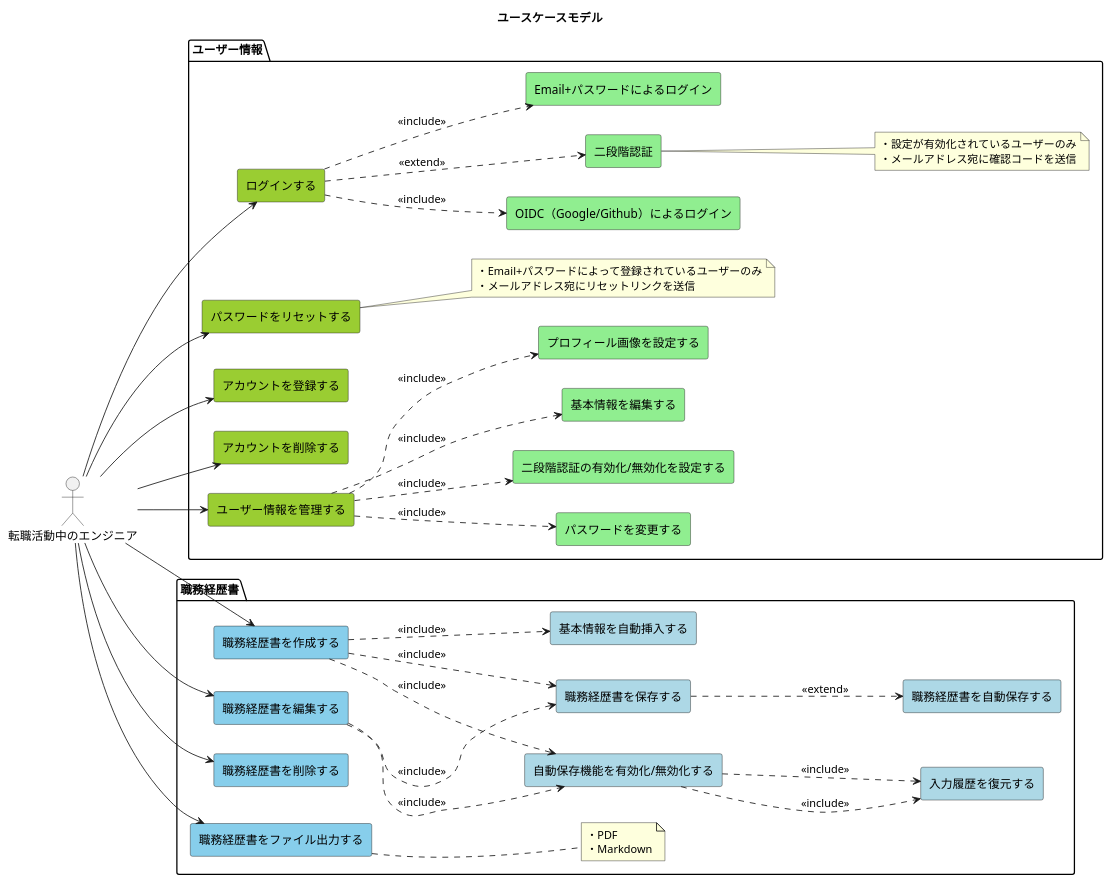
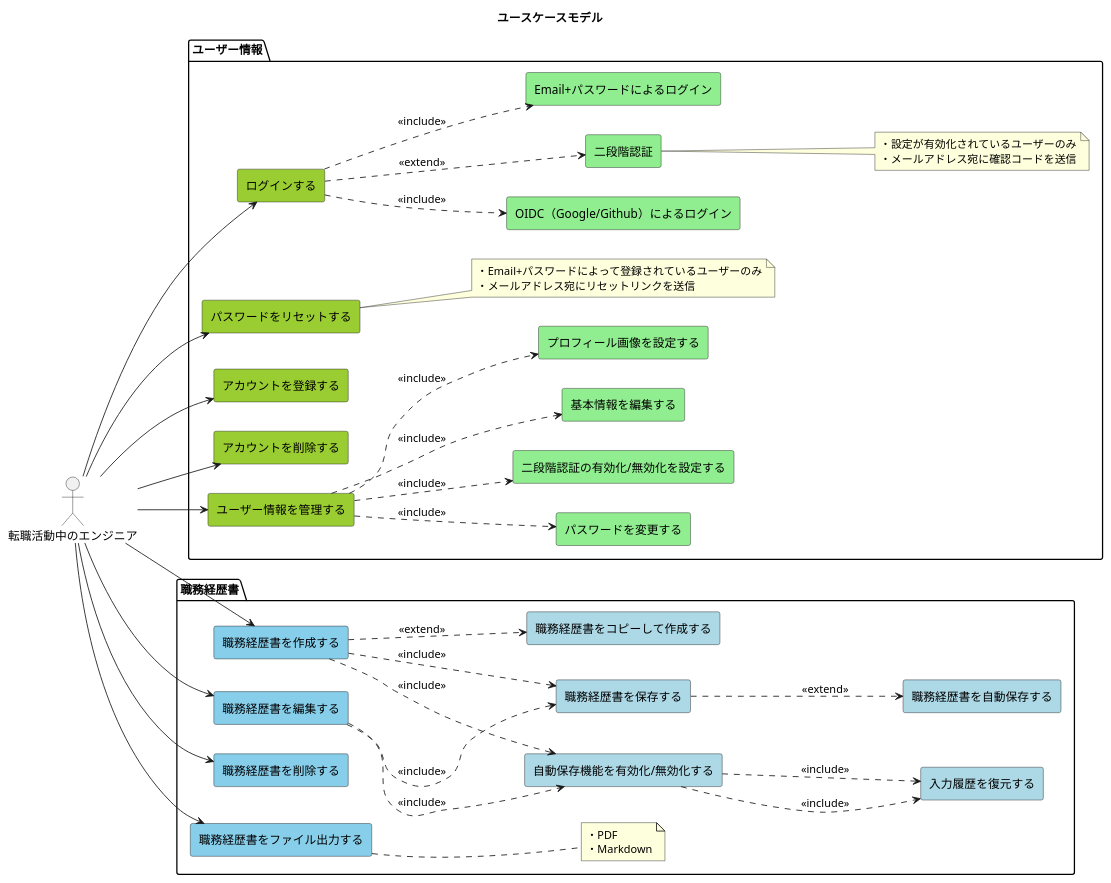
One commit to DogisRiki/KeirekiPro changed the diagram in doc/ユースケースモデル.pu. Above: the diagram before and after it, drawn with PlantUML. The commit also changed 1 other file, not shown here.

```diff
--- a/doc/ユースケースモデル.pu
+++ b/doc/ユースケースモデル.pu
@@ -1,98 +1,91 @@
 @startuml ユースケースモデル
 
 title ユースケースモデル
 
 left to right direction
 hide stereotype
 
 skinparam rectangleBackgroundColor<<auth>> YellowGreen
 skinparam rectangleBackgroundColor<<auth_child>> LightGreen
 skinparam rectangleBackgroundColor<<resume>> SkyBlue
 skinparam rectangleBackgroundColor<<resume_child>> LightBlue
 
 actor "転職活動中のエンジニア" as user
 
 package "ユーザー情報" {
     rectangle login as "ログインする" <<auth>>
     rectangle local_login as "Email+パスワードによるログイン" <<auth_child>>
     rectangle oidc_login as "OIDC（Google/Github）によるログイン" <<auth_child>>
     rectangle two_factor_login as "二段階認証" <<auth_child>>
     note right
         ・設定が有効化されているユーザーのみ
         ・メールアドレス宛に確認コードを送信
     end note
 
     rectangle reset_password as "パスワードをリセットする" <<auth>>
     note right
         ・Email+パスワードによって登録されているユーザーのみ
         ・メールアドレス宛にリセットリンクを送信
     end note
 
     rectangle register_account as "アカウントを登録する" <<auth>>
 
     rectangle delete_account as "アカウントを削除する" <<auth>>
 
     rectangle edit_user as "ユーザー情報を管理する" <<auth>>
     rectangle edit_password as "パスワードを変更する" <<auth_child>>
     rectangle edit_two_facotr as "二段階認証の有効化/無効化を設定する" <<auth_child>>
     rectangle edit_basic_info as "基本情報を編集する" <<auth_child>>
     rectangle edit_profile_image as "プロフィール画像を設定する" <<auth_child>>
 
     login ..> local_login : <<include>>
     login ..> oidc_login : <<include>>
     login ..> two_factor_login : <<extend>>
 
     edit_user ..> edit_password : <<include>>
     edit_user ..> edit_two_facotr : <<include>>
     edit_user ..> edit_basic_info : <<include>>
     edit_user ..> edit_profile_image : <<include>>
 }
 
 package "職務経歴書" {
     rectangle create_resume as "職務経歴書を作成する" <<resume>>
-    rectangle auto_insert as "基本情報を自動挿入する" <<resume_child>>
-    ' rectangle choose_template as "テンプレートを選択する" <<resume_child>>
-    ' note right
-    '     ・技術スタック重視型
-    '     ・成果重視型
-    '     ・簡易型
-    ' end note
+    rectangle copy_create_resume as "職務経歴書をコピーして作成する" <<resume_child>>
     rectangle auto_save as "自動保存機能を有効化/無効化する" <<resume_child>>
     rectangle restore_history as "入力履歴を復元する" <<resume_child>>
     rectangle save_resume as "職務経歴書を保存する" <<resume_child>>
     rectangle auto_save_resume as "職務経歴書を自動保存する" <<resume_child>>
     rectangle edit_resume as "職務経歴書を編集する" <<resume>>
     rectangle delete_resume as "職務経歴書を削除する" <<resume>>
     rectangle export_resume as "職務経歴書をファイル出力する" <<resume>>
     note right
         ・PDF
         ・Markdown
     end note
 
-    create_resume ..> auto_insert : <<include>>
-    ' create_resume ..> choose_template : <<include>>
+    create_resume ..> copy_create_resume : <<extend>>
     create_resume ..> auto_save : <<include>>
     create_resume ..> save_resume : <<include>>
 
     auto_save ..> restore_history : <<include>>
 
     save_resume ..> auto_save_resume : <<extend>>
 
     edit_resume ..> auto_save : <<include>>
     edit_resume ..> save_resume : <<include>>
 
     auto_save ..> restore_history : <<include>>
 }
 
 user --> login
 user --> reset_password
 user --> register_account
 user --> delete_account
 user --> edit_user
 
 user --> create_resume
 user --> edit_resume
 user --> export_resume
 user --> delete_resume
 
 @enduml
```
